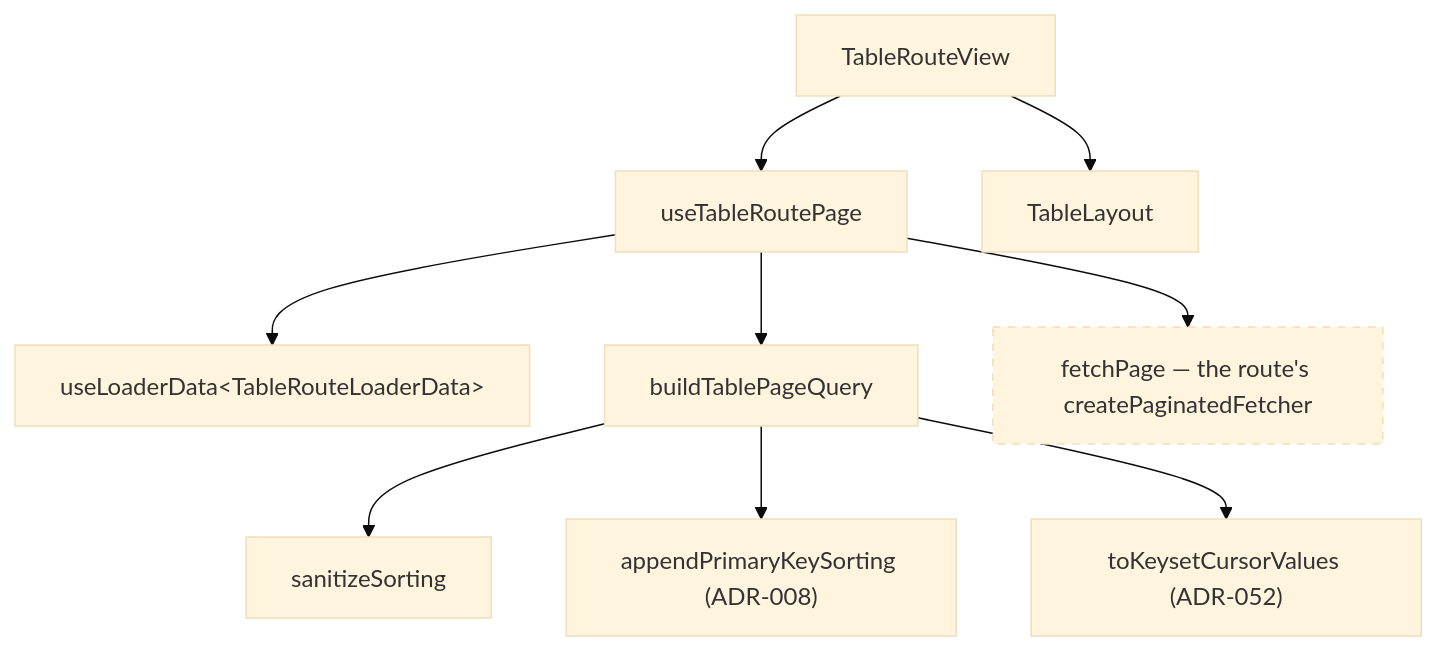
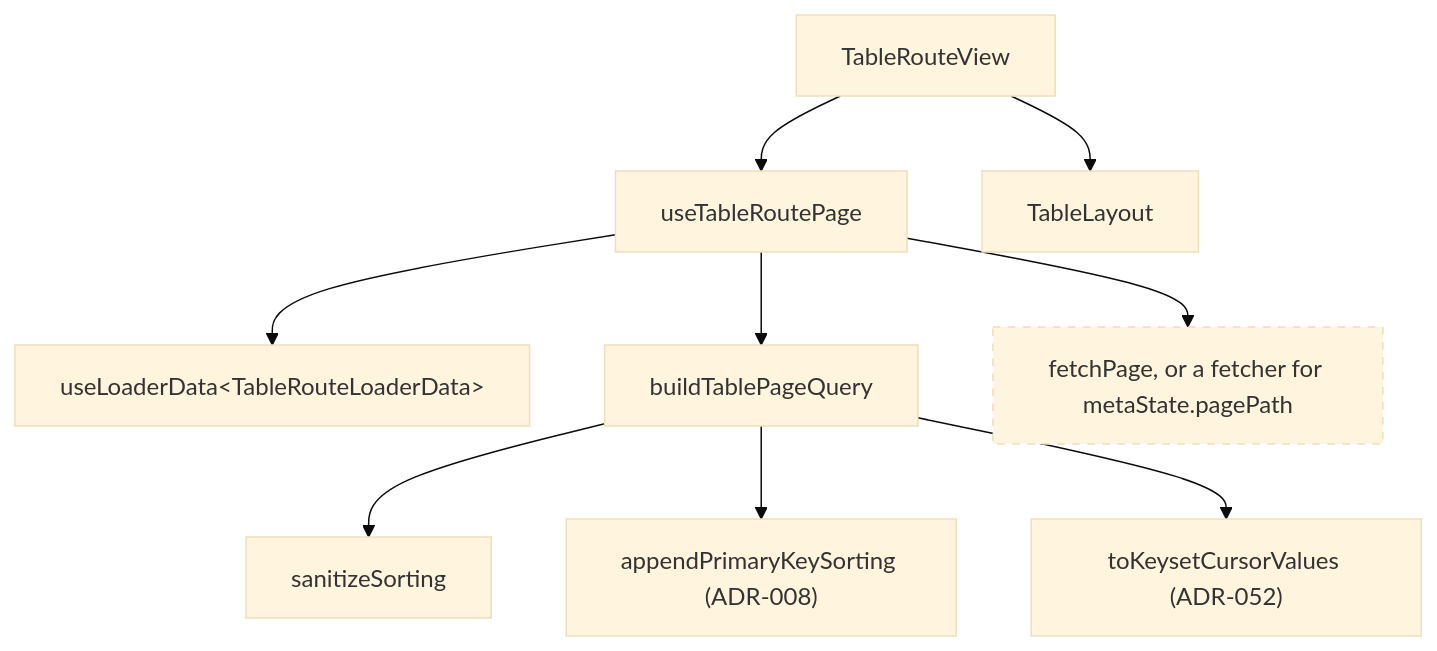
One commit to luciocabrera/lcabrera-stack changed the diagram in packages/ui/src/components/TableRouteView/ARCHITECTURE.md. Above: the diagram before and after it, drawn with Mermaid (base theme). The commit also changed other lines of this file and 47 other files, not shown here.

````diff
--- a/packages/ui/src/components/TableRouteView/ARCHITECTURE.md
+++ b/packages/ui/src/components/TableRouteView/ARCHITECTURE.md
@@ -37,13 +37,13 @@
 ```mermaid
 graph TD
   TRV["TableRouteView"] --> H["useTableRoutePage"]
   H --> ULD["useLoaderData&lt;TableRouteLoaderData&gt;"]
   H --> BTQ["buildTablePageQuery"]
   BTQ --> SS["sanitizeSorting"]
   BTQ --> APKS["appendPrimaryKeySorting (ADR-008)"]
   BTQ --> TKCV["toKeysetCursorValues (ADR-052)"]
-  H --> FP["fetchPage — the route's createPaginatedFetcher"]
+  H --> FP["fetchPage, or a fetcher for metaState.pagePath"]
   TRV --> TL["TableLayout"]
 
   style FP stroke-dasharray: 5 5
 ```
````
